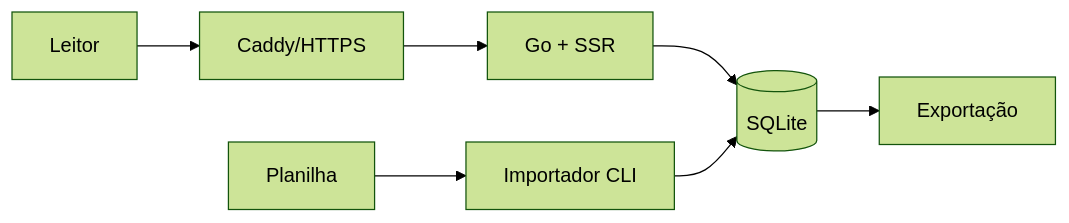
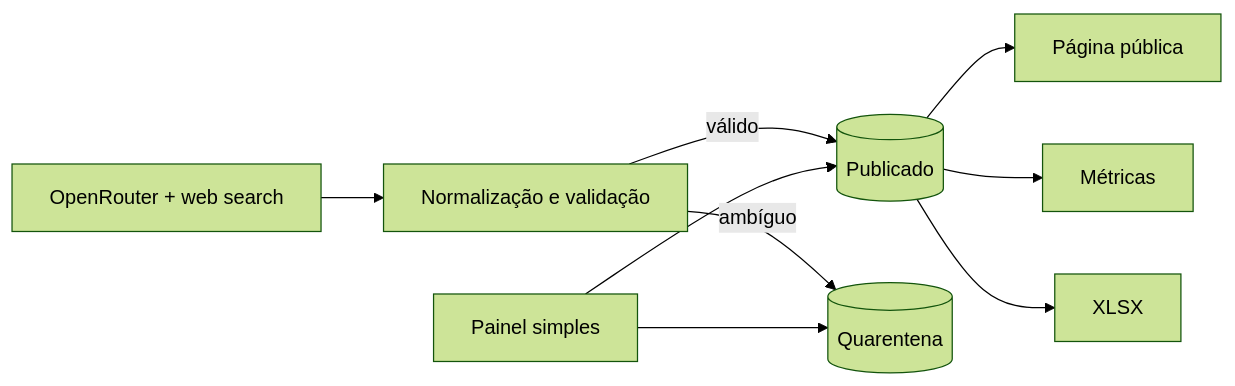
Before and after one commit to raphaieu/vorcarozap: the diagram in README.md, drawn with Mermaid (forest theme). The commit also changed other lines of this file and 17 other files, not shown here.

````diff
--- a/README.md
+++ b/README.md
@@ -28,9 +31,11 @@
 ```mermaid
 flowchart LR
-  U[Leitor] --> C[Caddy/HTTPS]
-  C --> G[Go + SSR]
-  G --> S[(SQLite)]
-  XLSX[Planilha] --> CLI[Importador CLI]
-  CLI --> S
-  S --> EXP[Exportação]
+  OR[OpenRouter + web search] --> V[Normalização e validação]
+  V -->|válido| P[(Publicado)]
+  V -->|ambíguo| Q[(Quarentena)]
+  A[Painel simples] --> P
+  A --> Q
+  P --> W[Página pública]
+  P --> M[Métricas]
+  P --> X[XLSX]
 ```
````
